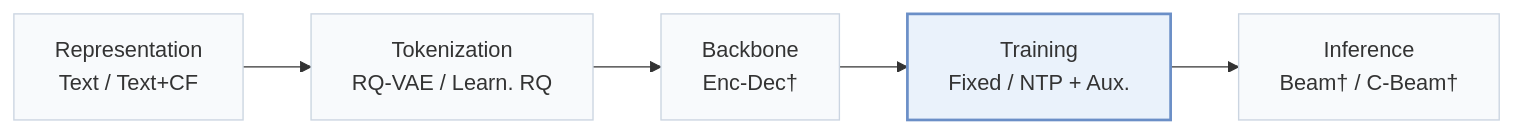
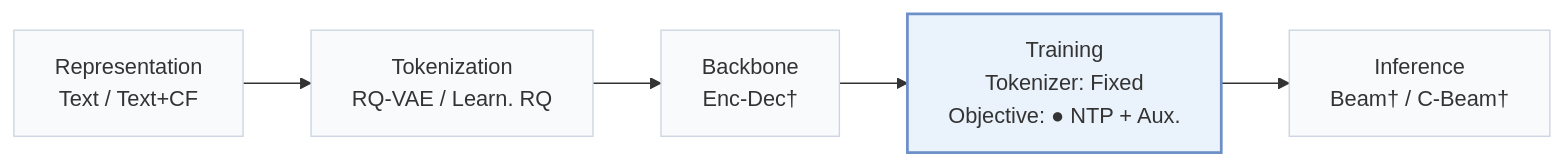
Before and after one commit to Galaxy-ghost/Awesome-SID-Generative-Rec: the first of 3 diagrams in pages/papers/gflowgr.md, drawn with Mermaid. The commit also changed other lines of this file and 558 other files, not shown here.

````diff
--- a/pages/papers/gflowgr.md
+++ b/pages/papers/gflowgr.md
@@ -15,8 +18,8 @@
 ```mermaid
 flowchart LR
-    R["Representation<br/>Text / Text+CF"] --> T["Tokenization<br/>RQ-VAE / Learn. RQ"] --> B["Backbone<br/>Enc-Dec†"] --> TR["Training<br/>Fixed / NTP + Aux."] --> I["Inference<br/>Beam† / C-Beam†"]
+    R["Representation<br/>Text / Text+CF"] --> T["Tokenization<br/>RQ-VAE / Learn. RQ"] --> B["Backbone<br/>Enc-Dec†"] --> TR["Training<br/>Tokenizer: Fixed<br/>Objective: ● NTP + Aux."] --> I["Inference<br/>Beam† / C-Beam†"]
     classDef base fill:#f8fafc,stroke:#cbd5e1
     class R,T,B,TR,I base
     classDef main fill:#eaf2fb,stroke:#6b8fc7,stroke-width:2px
     class TR main
 ```
````
